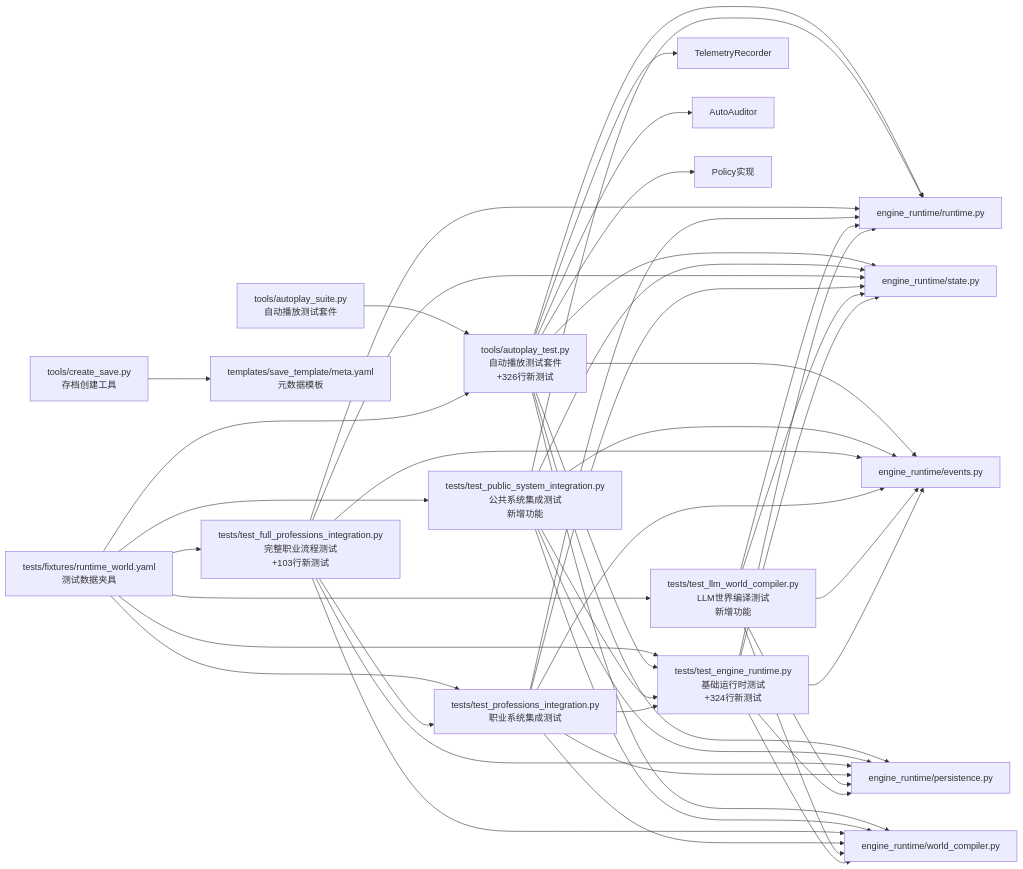
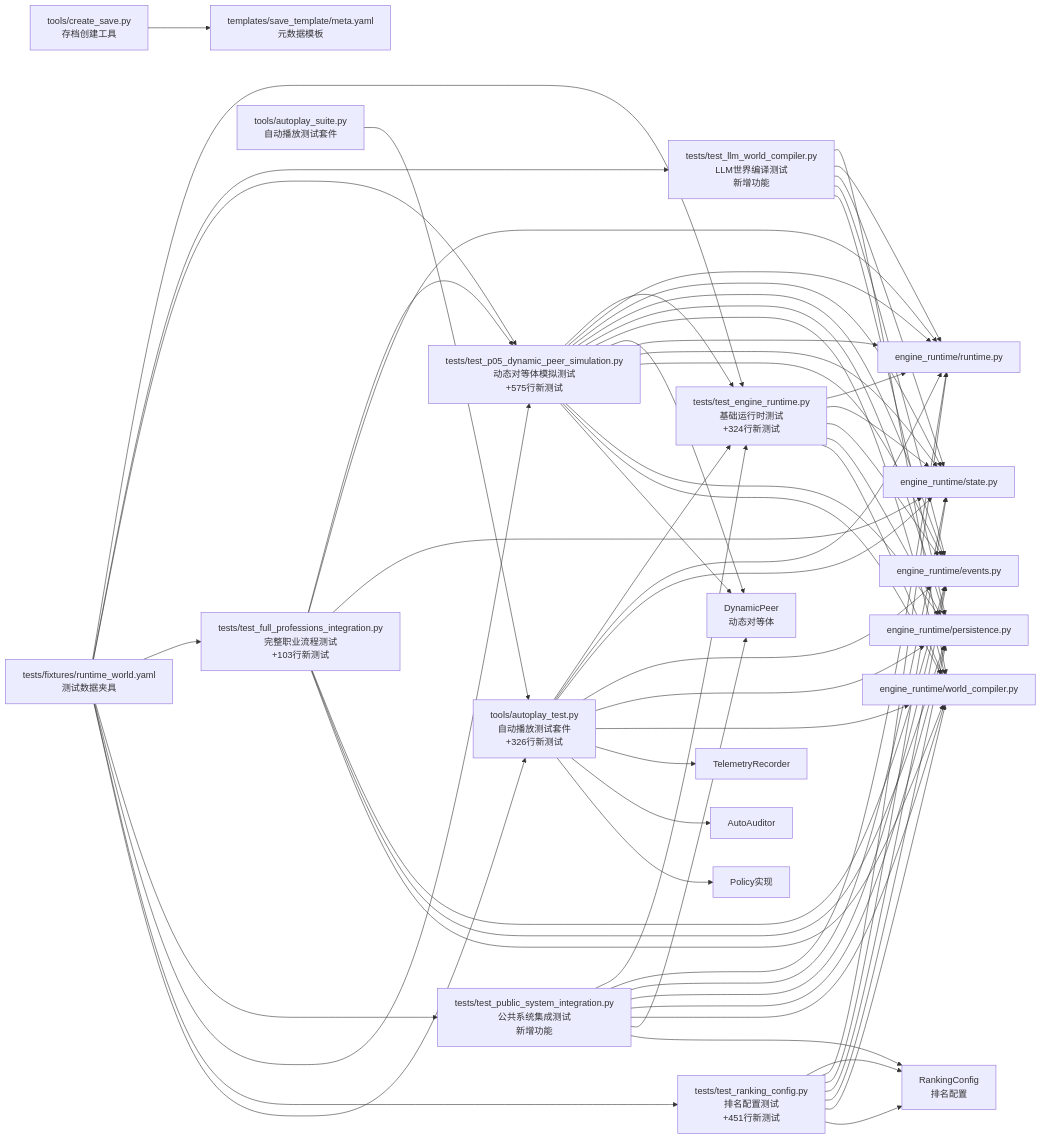
The fourth of 4 diagrams in .qoder/repowiki/zh/content/测试指南.md (Ivandanslespace/thegreatnovel), drawn with Mermaid before and after one commit. The commit also changed other lines of this file and 69 other files, not shown here.

````diff
--- a/.qoder/repowiki/zh/content/测试指南.md
+++ b/.qoder/repowiki/zh/content/测试指南.md
@@ -565,48 +677,66 @@
 ```mermaid
 graph LR
 T["tests/test_engine_runtime.py<br/>基础运行时测试<br/>+324行新测试"] --> RT["engine_runtime/runtime.py"]
 T --> ST["engine_runtime/state.py"]
 T --> EV["engine_runtime/events.py"]
 T --> PS["engine_runtime/persistence.py"]
 T --> WC["engine_runtime/world_compiler.py"]
 LLM["tests/test_llm_world_compiler.py<br/>LLM世界编译测试<br/>新增功能"] --> WC
 LLM --> RT
 LLM --> ST
 LLM --> EV
 LLM --> PS
 TP["tests/test_professions_integration.py<br/>职业系统集成测试"] --> T
 TP --> RT
 TP --> ST
 TP --> EV
 TP --> PS
 TP --> WC
 TFP["tests/test_full_professions_integration.py<br/>完整职业流程测试<br/>+103行新测试"] --> TP
 TFP --> RT
 TFP --> ST
 TFP --> EV
 TFP --> PS
 TFP --> WC
 TPS["tests/test_public_system_integration.py<br/>公共系统集成测试<br/>新增功能"] --> T
 TPS --> RT
 TPS --> ST
 TPS --> EV
 TPS --> PS
 TPS --> WC
+TPS --> DP["DynamicPeer<br/>动态对等体"]
+TPS --> RC["RankingConfig<br/>排名配置"]
+TP["tests/test_p05_dynamic_peer_simulation.py<br/>动态对等体模拟测试<br/>+575行新测试"] --> DP
+TP --> RT
+TP --> ST
+TP --> EV
+TP --> PS
+TP --> WC
+TP --> DP
+TRC["tests/test_ranking_config.py<br/>排名配置测试<br/>+451行新测试"] --> RC
+TRC --> RT
+TRC --> ST
+TRC --> EV
+TRC --> PS
+TRC --> WC
+TRC --> RC
 APT["tools/autoplay_test.py<br/>自动播放测试套件<br/>+326行新测试"] --> T
 APT --> RT
 APT --> ST
 APT --> EV
 APT --> PS
 APT --> WC
 APT --> TR["TelemetryRecorder"]
 APT --> AA["AutoAuditor"]
 APT --> POL["Policy实现"]
 FX["tests/fixtures/runtime_world.yaml<br/>测试数据夹具"] --> T
 FX --> LLM
 FX --> TP
 FX --> TFP
 FX --> TPS
+FX --> TP
+FX --> TRC
 FX --> APT
 CS["tools/create_save.py<br/>存档创建工具"] --> TM["templates/save_template/meta.yaml<br/>元数据模板"]
 AS["tools/autoplay_suite.py<br/>自动播放测试套件"] --> APT
 ```
````
